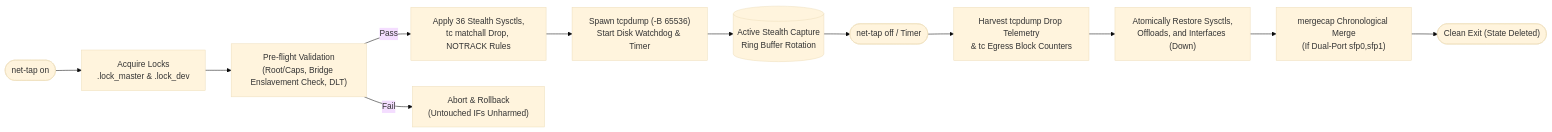
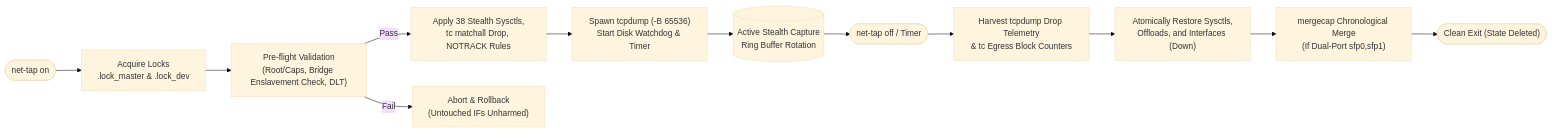
Before and after one commit to Nementon/net-tap: the second of 9 diagrams in README.md, drawn with Mermaid (base theme). The commit also changed other lines of this file and 10 other files, not shown here.

Commit message:
feat: complete multi-domain remediation across docs, schema, telemetry, QA, and security

````diff
--- a/README.md
+++ b/README.md
@@ -139,14 +144,14 @@
 ```mermaid
 flowchart LR
     Start(["net-tap on"]) --> Lock["Acquire Locks<br/>.lock_master & .lock_dev"]
     Lock --> Preflight["Pre-flight Validation<br/>(Root/Caps, Bridge Enslavement Check, DLT)"]
-    Preflight -->|"Pass"| Configure["Apply 36 Stealth Sysctls,<br/>tc matchall Drop, NOTRACK Rules"]
+    Preflight -->|"Pass"| Configure["Apply 38 Stealth Sysctls,<br/>tc matchall Drop, NOTRACK Rules"]
     Preflight -->|"Fail"| Abort["Abort & Rollback<br/>(Untouched IFs Unharmed)"]
     Configure --> Spawn["Spawn tcpdump (-B 65536)<br/>Start Disk Watchdog & Timer"]
     Spawn --> Running[("Active Stealth Capture<br/>Ring Buffer Rotation")]
     Running --> Stop(["net-tap off / Timer"])
     Stop --> Verify["Harvest tcpdump Drop Telemetry<br/>& tc Egress Block Counters"]
     Verify --> Restore["Atomically Restore Sysctls,<br/>Offloads, and Interfaces (Down)"]
     Restore --> Merge["mergecap Chronological Merge<br/>(If Dual-Port sfp0,sfp1)"]
     Merge --> Done(["Clean Exit (State Deleted)"])
 ```
````
